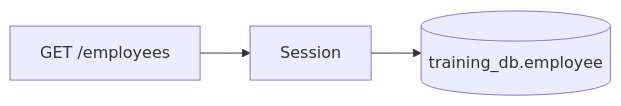
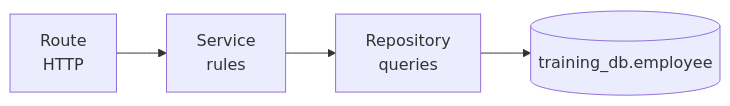
One commit to kyedumati/FS_MATERIAL_KASI changed the diagram in PYTHON/17_FastAPI/05_Database_Connectivity.md. Above: the diagram before and after it, drawn with Mermaid. The commit also changed other lines of this file and 133 other files, not shown here.

First line of the commit message:
FastAPI: teach router, service, and repository from Lesson 5 and rebuild the student PDFs.

````diff
--- a/PYTHON/17_FastAPI/05_Database_Connectivity.md
+++ b/PYTHON/17_FastAPI/05_Database_Connectivity.md
@@ -21,5 +53,6 @@
 ```mermaid
 flowchart LR
-    route["GET /employees"] --> session["Session"]
-    session --> db[("training_db.employee")]
+    route["Route<br/>HTTP"] --> service["Service<br/>rules"]
+    service --> repo["Repository<br/>queries"]
+    repo --> db[("training_db.employee")]
 ```
````
